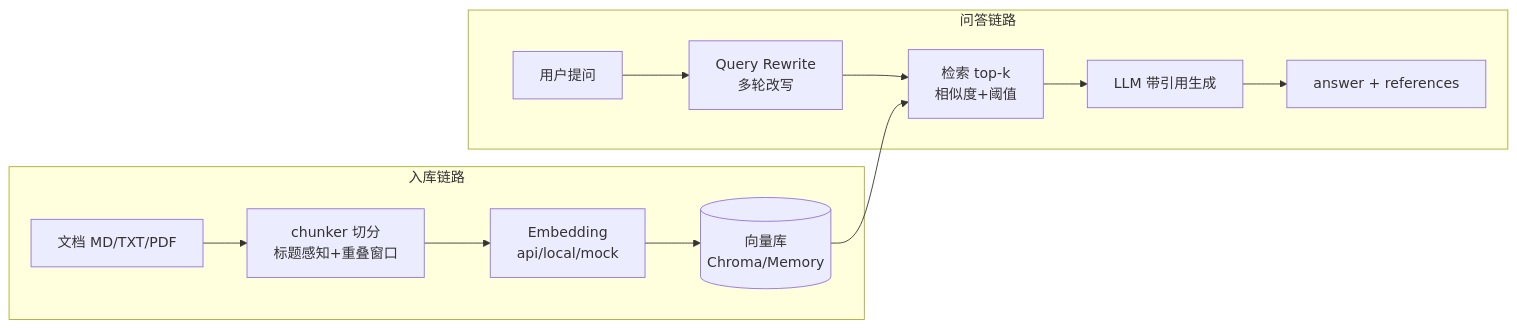
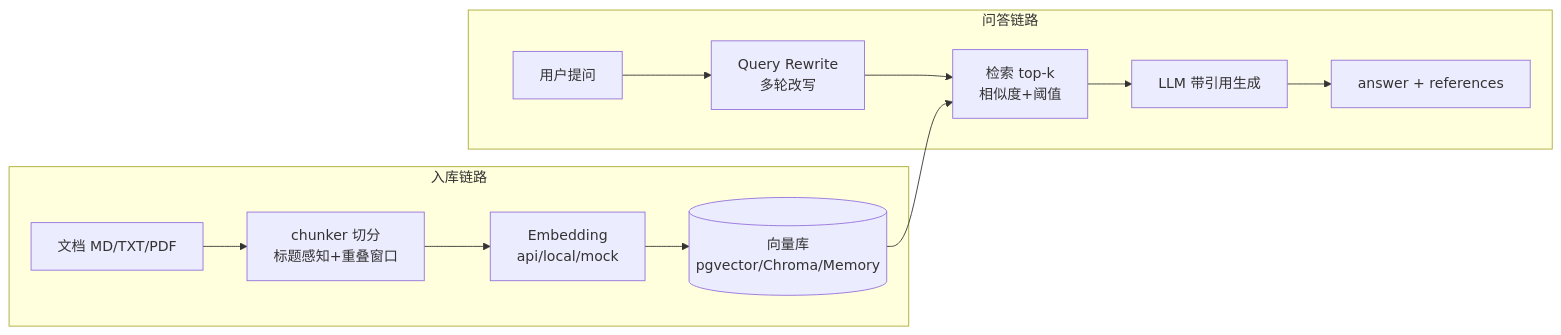
One commit to 20041018wzz-alt/rag-knowledge-agent changed the diagram in README.md. Above: the diagram before and after it, drawn with Mermaid. The commit also changed other lines of this file and 8 other files, not shown here.

````diff
--- a/README.md
+++ b/README.md
@@ -23,15 +23,15 @@
 ```mermaid
 flowchart LR
     subgraph 入库链路
         A[文档 MD/TXT/PDF] --> B[chunker 切分<br/>标题感知+重叠窗口]
         B --> C[Embedding<br/>api/local/mock]
-        C --> D[(向量库<br/>Chroma/Memory)]
+        C --> D[(向量库<br/>pgvector/Chroma/Memory)]
     end
     subgraph 问答链路
         Q[用户提问] --> R[Query Rewrite<br/>多轮改写]
         R --> S[检索 top-k<br/>相似度+阈值]
         D --> S
         S --> G[LLM 带引用生成]
         G --> H[answer + references]
     end
 ```
````
